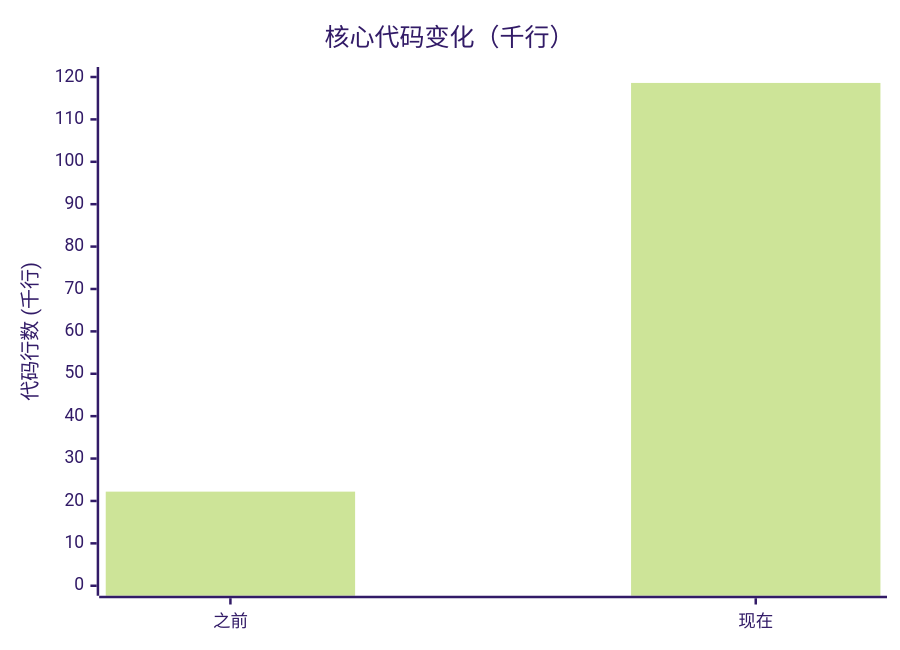
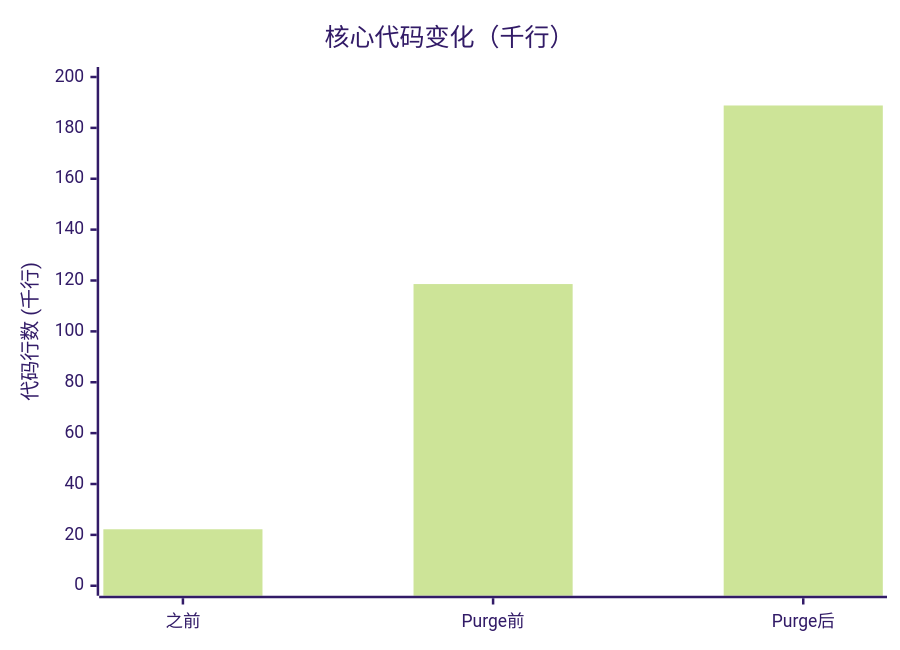
The eighth of 10 diagrams in PRODUCTION_CODE_ESTIMATE.md (esir-nus/smart-sales-main), drawn with Mermaid (forest theme) before and after one commit. The commit also changed other lines of this file, not shown here.

````diff
--- a/PRODUCTION_CODE_ESTIMATE.md
+++ b/PRODUCTION_CODE_ESTIMATE.md
@@ -452,7 +450,7 @@
 ```mermaid
 xychart-beta
     title "核心代码变化（千行）"
-    x-axis ["之前", "现在"]
-    y-axis "代码行数 (千行)" 0 --> 120
-    bar [22.2, 118.6]
+    x-axis ["之前", "Purge前", "Purge后"]
+    y-axis "代码行数 (千行)" 0 --> 200
+    bar [22.2, 118.6, 188.8]
 ```
````
